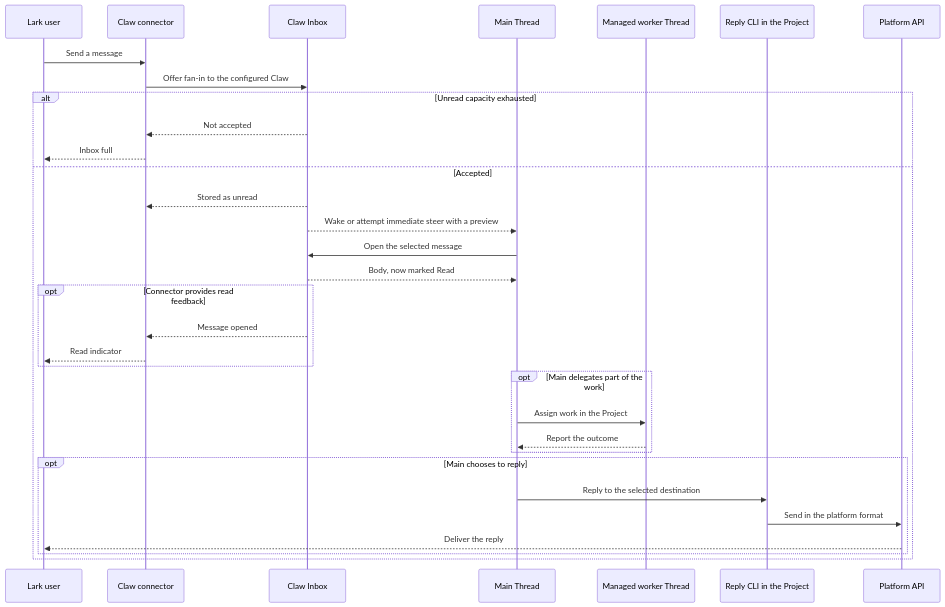
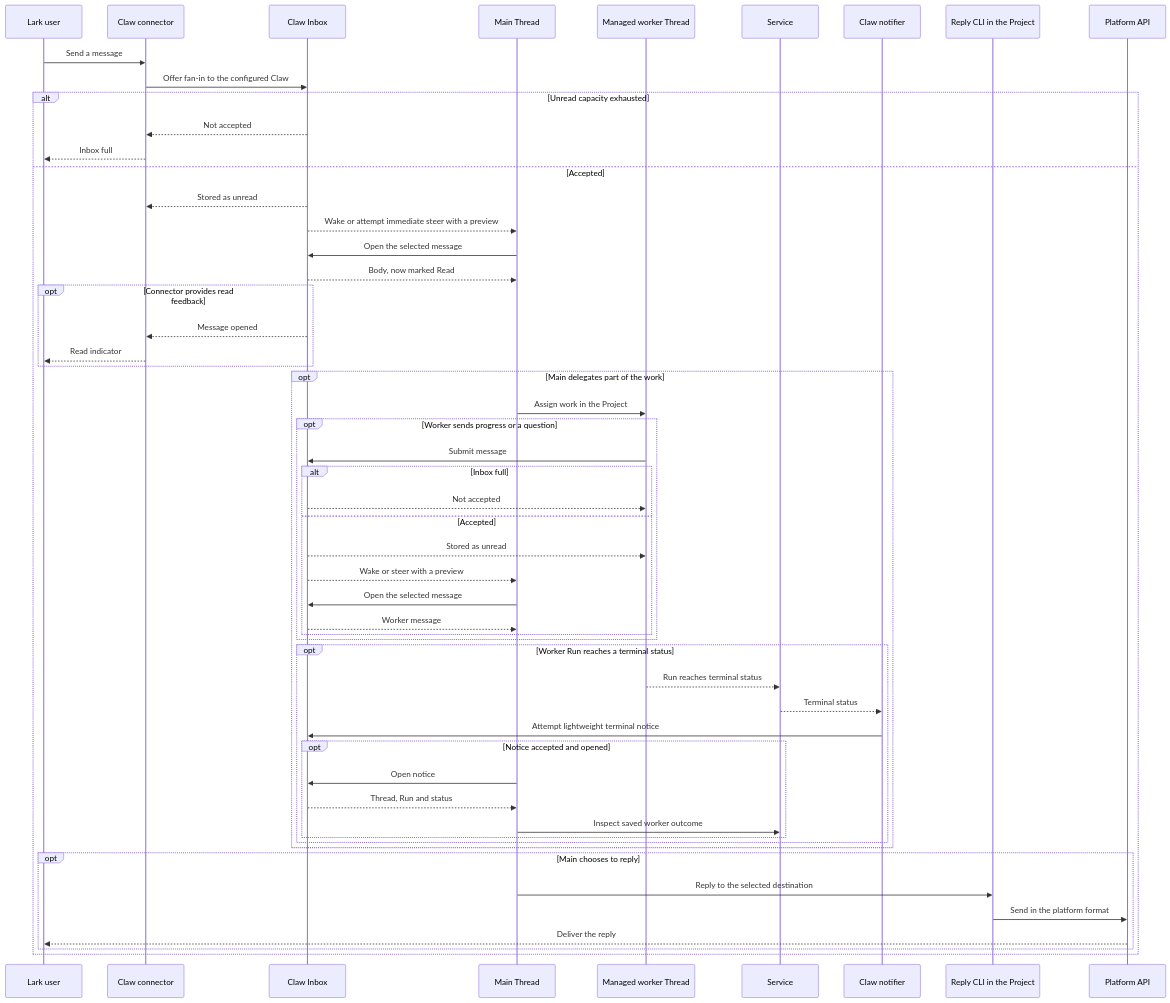
One commit to Wh1isper/a13n-claw changed the second of 2 diagrams in spec/00-overview.md. Above: the diagram before and after it, drawn with Mermaid. The commit also changed other lines of this file and 5 other files, not shown here.

````diff
--- a/spec/00-overview.md
+++ b/spec/00-overview.md
@@ -60,34 +64,56 @@
 ```mermaid
 sequenceDiagram
     participant U as Lark user
     participant C as Claw connector
     participant I as Claw Inbox
     participant M as Main Thread
     participant W as Managed worker Thread
+    participant S as Service
+    participant N as Claw notifier
     participant X as Reply CLI in the Project
     participant P as Platform API
     U->>C: Send a message
     C->>I: Offer fan-in to the configured Claw
     alt Unread capacity exhausted
         I-->>C: Not accepted
         C-->>U: Inbox full
     else Accepted
         I-->>C: Stored as unread
         I-->>M: Wake or attempt immediate steer with a preview
         M->>I: Open the selected message
         I-->>M: Body, now marked Read
         opt Connector provides read feedback
             I-->>C: Message opened
             C-->>U: Read indicator
         end
         opt Main delegates part of the work
             M->>W: Assign work in the Project
-            W-->>M: Report the outcome
+            opt Worker sends progress or a question
+                W->>I: Submit message
+                alt Inbox full
+                    I-->>W: Not accepted
+                else Accepted
+                    I-->>W: Stored as unread
+                    I-->>M: Wake or steer with a preview
+                    M->>I: Open the selected message
+                    I-->>M: Worker message
+                end
+            end
+            opt Worker Run reaches a terminal status
+                W-->>S: Run reaches terminal status
+                S-->>N: Terminal status
+                N->>I: Attempt lightweight terminal notice
+                opt Notice accepted and opened
+                    M->>I: Open notice
+                    I-->>M: Thread, Run and status
+                    M->>S: Inspect saved worker outcome
+                end
+            end
         end
         opt Main chooses to reply
             M->>X: Reply to the selected destination
             X->>P: Send in the platform format
             P-->>U: Deliver the reply
         end
     end
 ```
````
